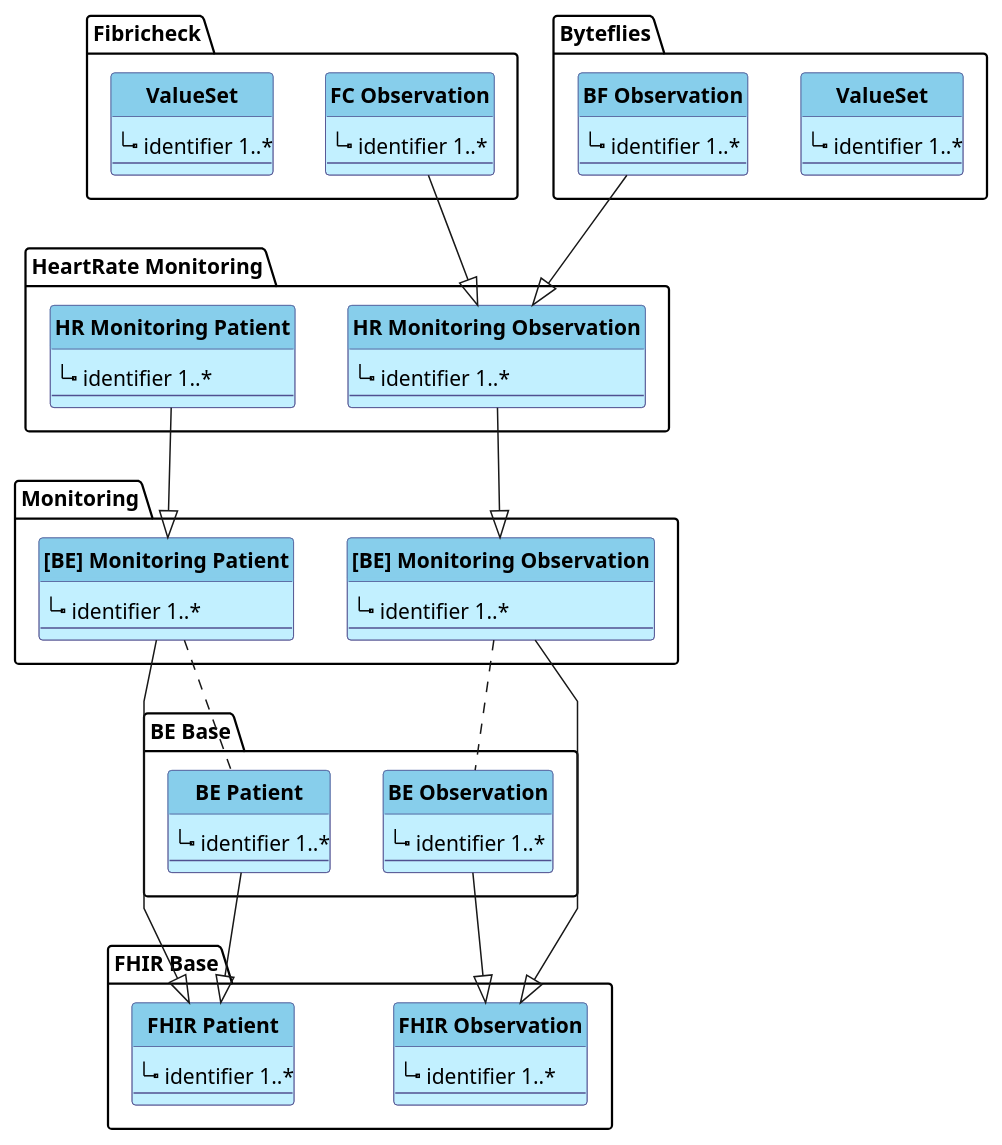
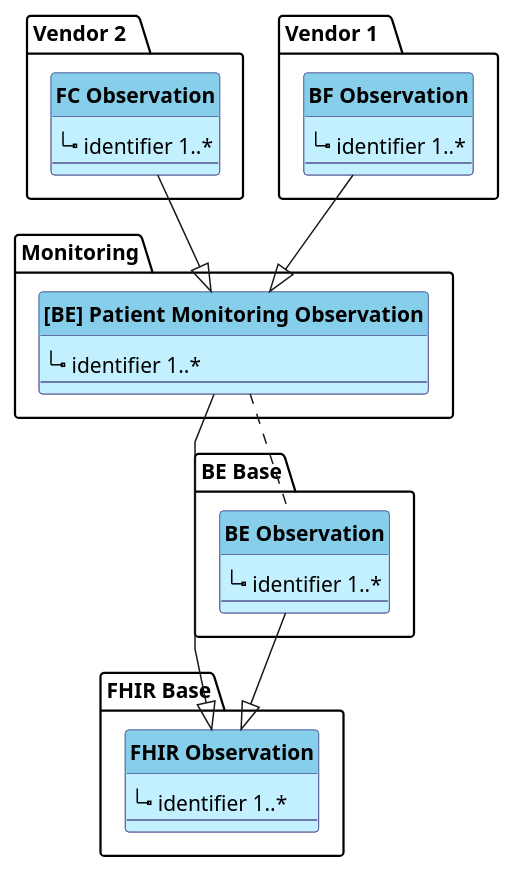
One commit to hl7-be/patient-monitoring changed the diagram in input/images-source/profile-layers.plantuml. Above: the diagram before and after it, drawn with PlantUML. The commit also changed 5 other files, not shown here.

```diff
--- a/input/images-source/profile-layers.plantuml
+++ b/input/images-source/profile-layers.plantuml
@@ -1,108 +1,96 @@
 @startuml
 'skinparam linetype ortho
 skinparam linetype polyline
 hide circle
 hide stereotype
 
 '!pragma layout smetana
 
 skinparam class<<MD>> {
  BorderColor DarkSlateGray
  BackgroundColor WhiteSmoke
  HeaderBackgroundColor #909090
 }
 
 skinparam class<<TM>> {
  BorderColor #505090
  BackgroundColor APPLICATION
  HeaderBackgroundColor SkyBlue
 }
 
 
 package "FHIR Base" as F {
     class "**FHIR Observation**" as FO<<TM>> {
         |_ identifier 1..*
         --
     }
-    class "**FHIR Patient**" as FP<<TM>> {
-        |_ identifier 1..*
-        --
-    }
+    ' class "**FHIR Patient**" as FP<<TM>> {
+    '     |_ identifier 1..*
+    '     --
+    ' }
 }
 
 package "BE Base" as BE {
-    class "**BE Patient**" as BEP<<TM>> {
-        |_ identifier 1..*
-        --
-    }
+    ' class "**BE Patient**" as BEP<<TM>> {
+    '     |_ identifier 1..*
+    '     --
+    ' }
     class "**BE Observation**" as BEO<<TM>> {
         |_ identifier 1..*
         --
     }
 }
 
 package "Monitoring" as M {
-    class "**[BE] Monitoring Patient**" as MP<<TM>> {
-        |_ identifier 1..*
-        --
-    }
-    class "**[BE] Monitoring Observation**" as MO<<TM>> {
+    ' class "**[BE] Patient Monitoring Patient**" as MP<<TM>> {
+    '     |_ identifier 1..*
+    '     --
+    ' }
+    class "**[BE] Patient Monitoring Observation**" as MO<<TM>> {
         |_ identifier 1..*
         --
     }
 }
 
-
-package "HeartRate Monitoring" as HR {
-  class "**HR Monitoring Patient**" as HRP<<TM>> {
-      |_ identifier 1..*
-      --
-  }
-  class "**HR Monitoring Observation**" as HRO<<TM>> {
-      |_ identifier 1..*
-      --
-  }
-}
-
-package "Fibricheck" as FC {
+package "Vendor 2  " as FC {
   class "**FC Observation**" as FCO<<TM>> {
       |_ identifier 1..*
       --
   }
-  class "**ValueSet**" as FVS<<TM>> {
-      |_ identifier 1..*
-      --
-  }
-}
-package "Byteflies" as BF {
+'   class "**ValueSet**" as FVS<<TM>> {
+'       |_ identifier 1..*
+'       --
+'   }
+ }
+
+package "Vendor 1  " as BF {
   class "**BF Observation**" as BFO<<TM>> {
       |_ identifier 1..*
       --
   }
-  class "**ValueSet**" as BFVS<<TM>> {
-      |_ identifier 1..*
-      --
-  }
+'   class "**ValueSet**" as BFVS<<TM>> {
+'       |_ identifier 1..*
+'       --
+'   }
 
 
 }
 
 
-FP <|-u- BEP
-BEP .u. MP
+'FP <|-u- BEP'
+'BEP .u. MP
 FO <|-u- BEO
 BEO .u. MO
 
 FO <|-u- MO
-MO <|-u- HRO
-MP <|-u- HRP
-FP <|-u- MP
-HRO <|-u- FCO
-HRO <|-u- BFO
-FO -r[hidden]- FP: "         " 
+'MP <|-u- HRP
+'FP <|-u- MP
+MO <|-u- FCO
+MO <|-u- BFO
+'FO -r[hidden]- FP: "         " 
 
-FCO -l[hidden]- FVS
-BFO -r[hidden]- BFVS
+'FCO -l[hidden]- FVS
+'BFO -r[hidden]- BFVS
 
 
 @enduml
```
